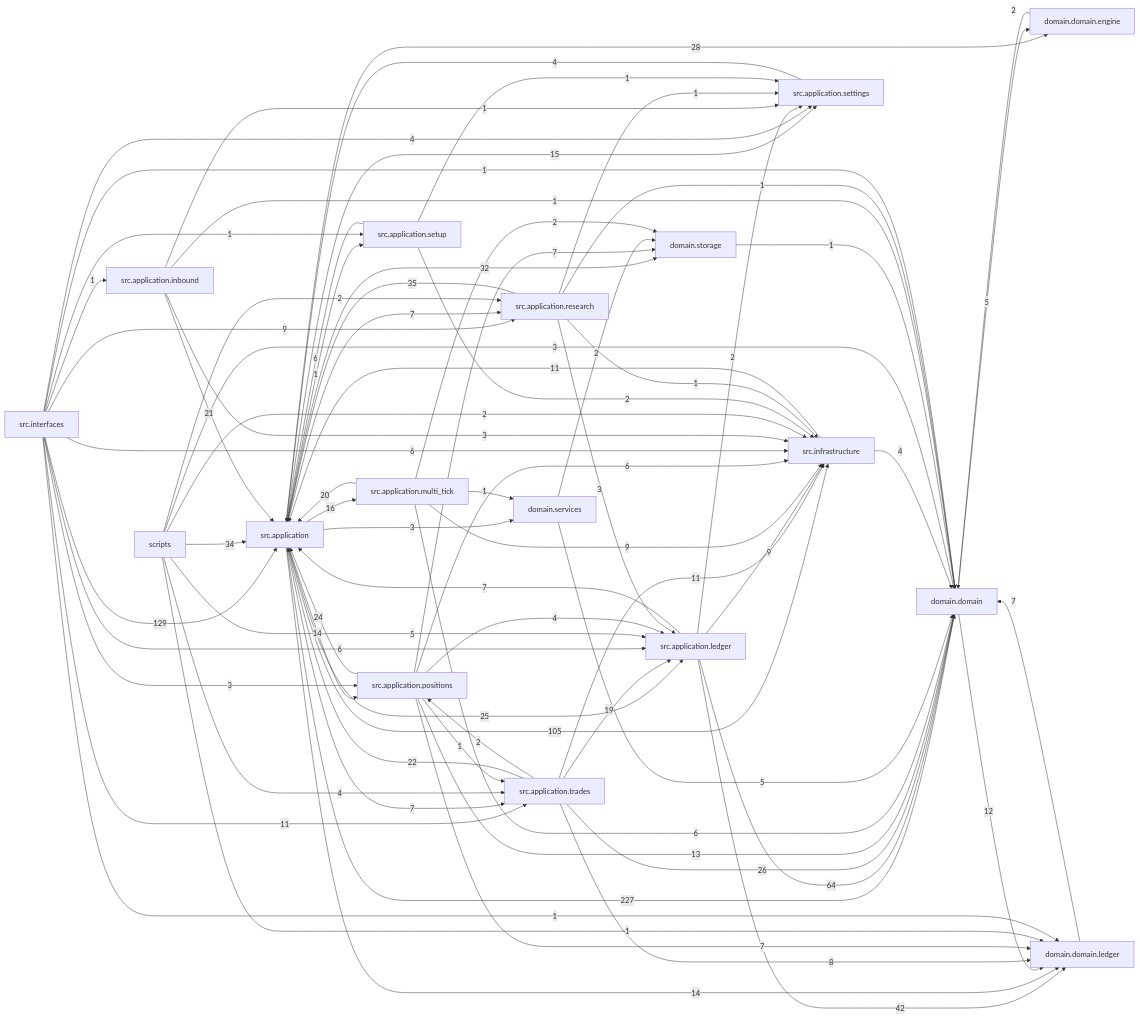
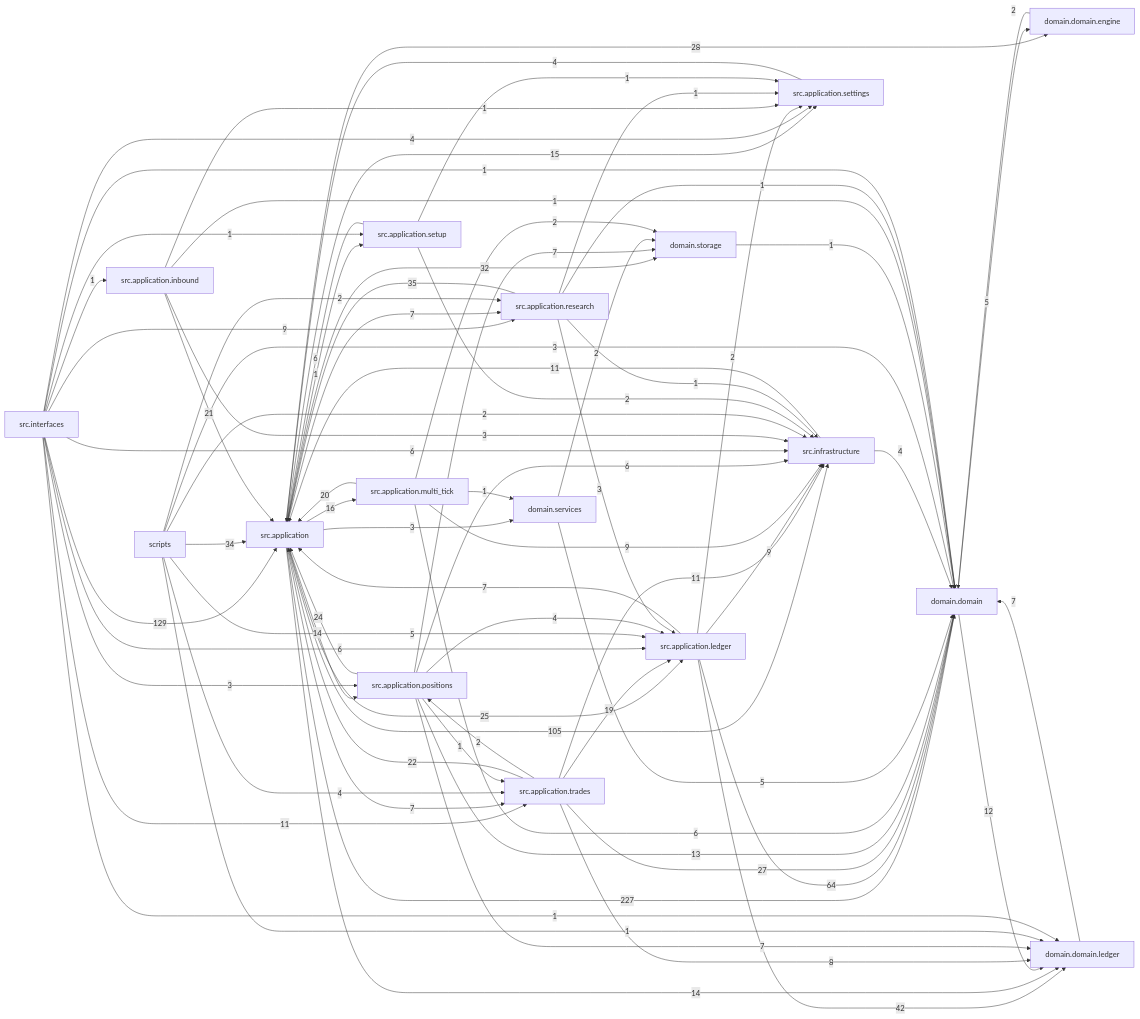
One commit to liuxie066/options-monitor changed the diagram in docs/dependency_graph.mmd. Above: the diagram before and after it, drawn with Mermaid. The commit also changed 1 other file, not shown here.

Commit message:
docs(architecture): refresh dependency graph

```diff
--- a/docs/dependency_graph.mmd
+++ b/docs/dependency_graph.mmd
@@ -1,77 +1,77 @@
 flowchart LR
   src_application["src.application"] -->|227| domain_domain["domain.domain"]
   src_interfaces["src.interfaces"] -->|129| src_application["src.application"]
   src_application["src.application"] -->|105| src_infrastructure["src.infrastructure"]
   src_application_ledger["src.application.ledger"] -->|64| domain_domain["domain.domain"]
   src_application_ledger["src.application.ledger"] -->|42| domain_domain_ledger["domain.domain.ledger"]
   src_application_research["src.application.research"] -->|35| src_application["src.application"]
   scripts["scripts"] -->|34| src_application["src.application"]
   src_application["src.application"] -->|32| domain_storage["domain.storage"]
   src_application["src.application"] -->|28| domain_domain_engine["domain.domain.engine"]
-  src_application_trades["src.application.trades"] -->|26| domain_domain["domain.domain"]
+  src_application_trades["src.application.trades"] -->|27| domain_domain["domain.domain"]
   src_application["src.application"] -->|25| src_application_ledger["src.application.ledger"]
   src_application_positions["src.application.positions"] -->|24| src_application["src.application"]
   src_application_trades["src.application.trades"] -->|22| src_application["src.application"]
   src_application_inbound["src.application.inbound"] -->|21| src_application["src.application"]
   src_application_multi_tick["src.application.multi_tick"] -->|20| src_application["src.application"]
   src_application_trades["src.application.trades"] -->|19| src_application_ledger["src.application.ledger"]
   src_application["src.application"] -->|16| src_application_multi_tick["src.application.multi_tick"]
   src_application["src.application"] -->|15| src_application_settings["src.application.settings"]
   src_application["src.application"] -->|14| domain_domain_ledger["domain.domain.ledger"]
   src_application["src.application"] -->|14| src_application_positions["src.application.positions"]
   src_application_positions["src.application.positions"] -->|13| domain_domain["domain.domain"]
   domain_domain["domain.domain"] -->|12| domain_domain_ledger["domain.domain.ledger"]
   src_application_trades["src.application.trades"] -->|11| src_infrastructure["src.infrastructure"]
   src_infrastructure["src.infrastructure"] -->|11| src_application["src.application"]
   src_interfaces["src.interfaces"] -->|11| src_application_trades["src.application.trades"]
   src_application_ledger["src.application.ledger"] -->|9| src_infrastructure["src.infrastructure"]
   src_application_multi_tick["src.application.multi_tick"] -->|9| src_infrastructure["src.infrastructure"]
   src_interfaces["src.interfaces"] -->|9| src_application_research["src.application.research"]
   src_application_trades["src.application.trades"] -->|8| domain_domain_ledger["domain.domain.ledger"]
   domain_domain_ledger["domain.domain.ledger"] -->|7| domain_domain["domain.domain"]
   src_application["src.application"] -->|7| src_application_research["src.application.research"]
   src_application["src.application"] -->|7| src_application_trades["src.application.trades"]
   src_application_ledger["src.application.ledger"] -->|7| src_application["src.application"]
   src_application_positions["src.application.positions"] -->|7| domain_domain_ledger["domain.domain.ledger"]
   src_application_positions["src.application.positions"] -->|7| domain_storage["domain.storage"]
   src_application_multi_tick["src.application.multi_tick"] -->|6| domain_domain["domain.domain"]
   src_application_positions["src.application.positions"] -->|6| src_infrastructure["src.infrastructure"]
   src_application_setup["src.application.setup"] -->|6| src_application["src.application"]
   src_interfaces["src.interfaces"] -->|6| src_application_ledger["src.application.ledger"]
   src_interfaces["src.interfaces"] -->|6| src_infrastructure["src.infrastructure"]
   domain_domain["domain.domain"] -->|5| domain_domain_engine["domain.domain.engine"]
   domain_services["domain.services"] -->|5| domain_domain["domain.domain"]
   scripts["scripts"] -->|5| src_application_ledger["src.application.ledger"]
   scripts["scripts"] -->|4| src_application_trades["src.application.trades"]
   src_application_positions["src.application.positions"] -->|4| src_application_ledger["src.application.ledger"]
   src_application_settings["src.application.settings"] -->|4| src_application["src.application"]
   src_infrastructure["src.infrastructure"] -->|4| domain_domain["domain.domain"]
   src_interfaces["src.interfaces"] -->|4| src_application_settings["src.application.settings"]
   scripts["scripts"] -->|3| domain_domain["domain.domain"]
   src_application["src.application"] -->|3| domain_services["domain.services"]
   src_application_inbound["src.application.inbound"] -->|3| src_infrastructure["src.infrastructure"]
   src_application_research["src.application.research"] -->|3| src_application_ledger["src.application.ledger"]
   src_interfaces["src.interfaces"] -->|3| src_application_positions["src.application.positions"]
   domain_domain_engine["domain.domain.engine"] -->|2| domain_domain["domain.domain"]
   domain_services["domain.services"] -->|2| domain_storage["domain.storage"]
   scripts["scripts"] -->|2| src_application_research["src.application.research"]
   scripts["scripts"] -->|2| src_infrastructure["src.infrastructure"]
   src_application_ledger["src.application.ledger"] -->|2| src_application_settings["src.application.settings"]
   src_application_multi_tick["src.application.multi_tick"] -->|2| domain_storage["domain.storage"]
   src_application_setup["src.application.setup"] -->|2| src_infrastructure["src.infrastructure"]
   src_application_trades["src.application.trades"] -->|2| src_application_positions["src.application.positions"]
   domain_storage["domain.storage"] -->|1| domain_domain["domain.domain"]
   scripts["scripts"] -->|1| domain_domain_ledger["domain.domain.ledger"]
   src_application["src.application"] -->|1| src_application_setup["src.application.setup"]
   src_application_inbound["src.application.inbound"] -->|1| domain_domain["domain.domain"]
   src_application_inbound["src.application.inbound"] -->|1| src_application_settings["src.application.settings"]
   src_application_multi_tick["src.application.multi_tick"] -->|1| domain_services["domain.services"]
   src_application_positions["src.application.positions"] -->|1| src_application_trades["src.application.trades"]
   src_application_research["src.application.research"] -->|1| domain_domain["domain.domain"]
   src_application_research["src.application.research"] -->|1| src_application_settings["src.application.settings"]
   src_application_research["src.application.research"] -->|1| src_infrastructure["src.infrastructure"]
   src_application_setup["src.application.setup"] -->|1| src_application_settings["src.application.settings"]
   src_interfaces["src.interfaces"] -->|1| domain_domain["domain.domain"]
   src_interfaces["src.interfaces"] -->|1| domain_domain_ledger["domain.domain.ledger"]
   src_interfaces["src.interfaces"] -->|1| src_application_inbound["src.application.inbound"]
   src_interfaces["src.interfaces"] -->|1| src_application_setup["src.application.setup"]
```
